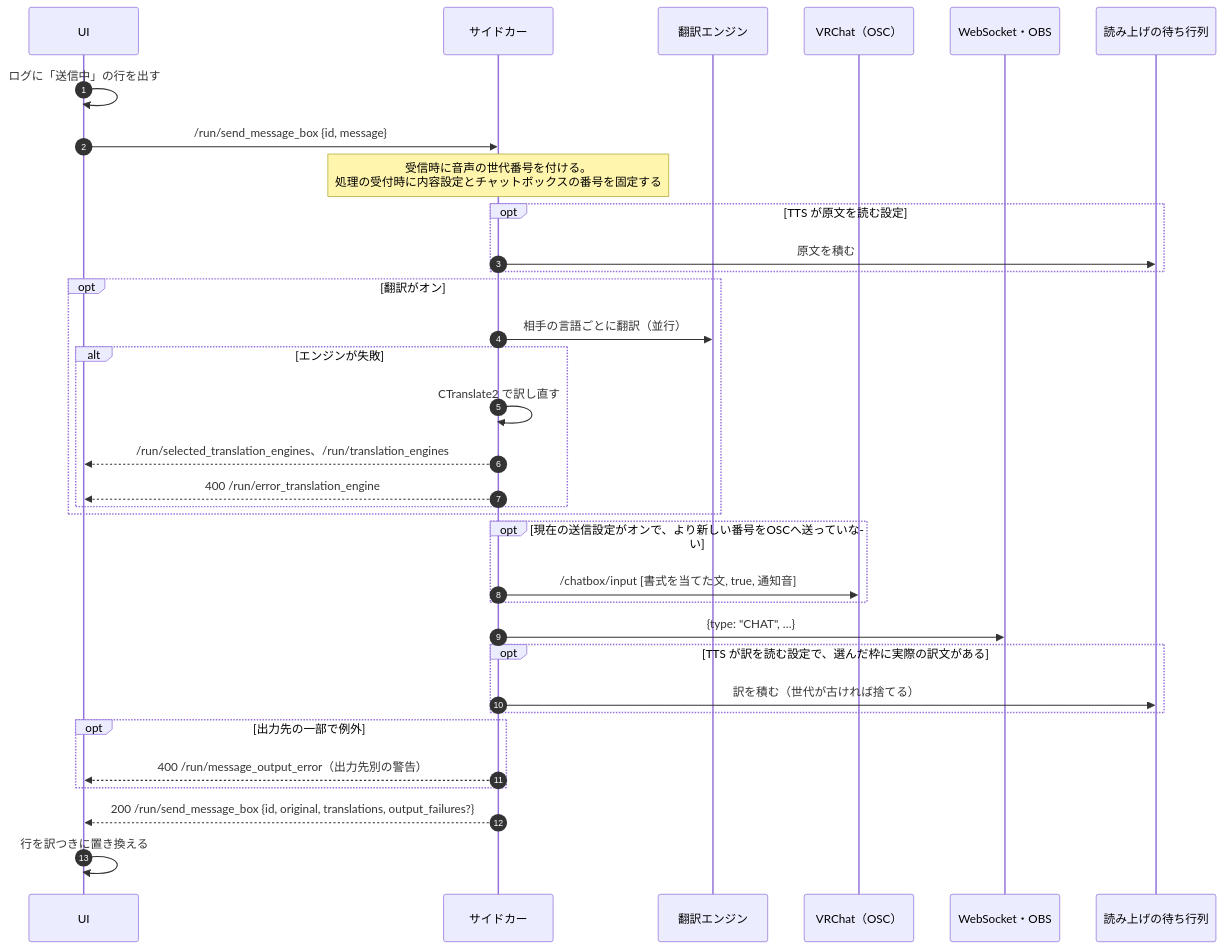
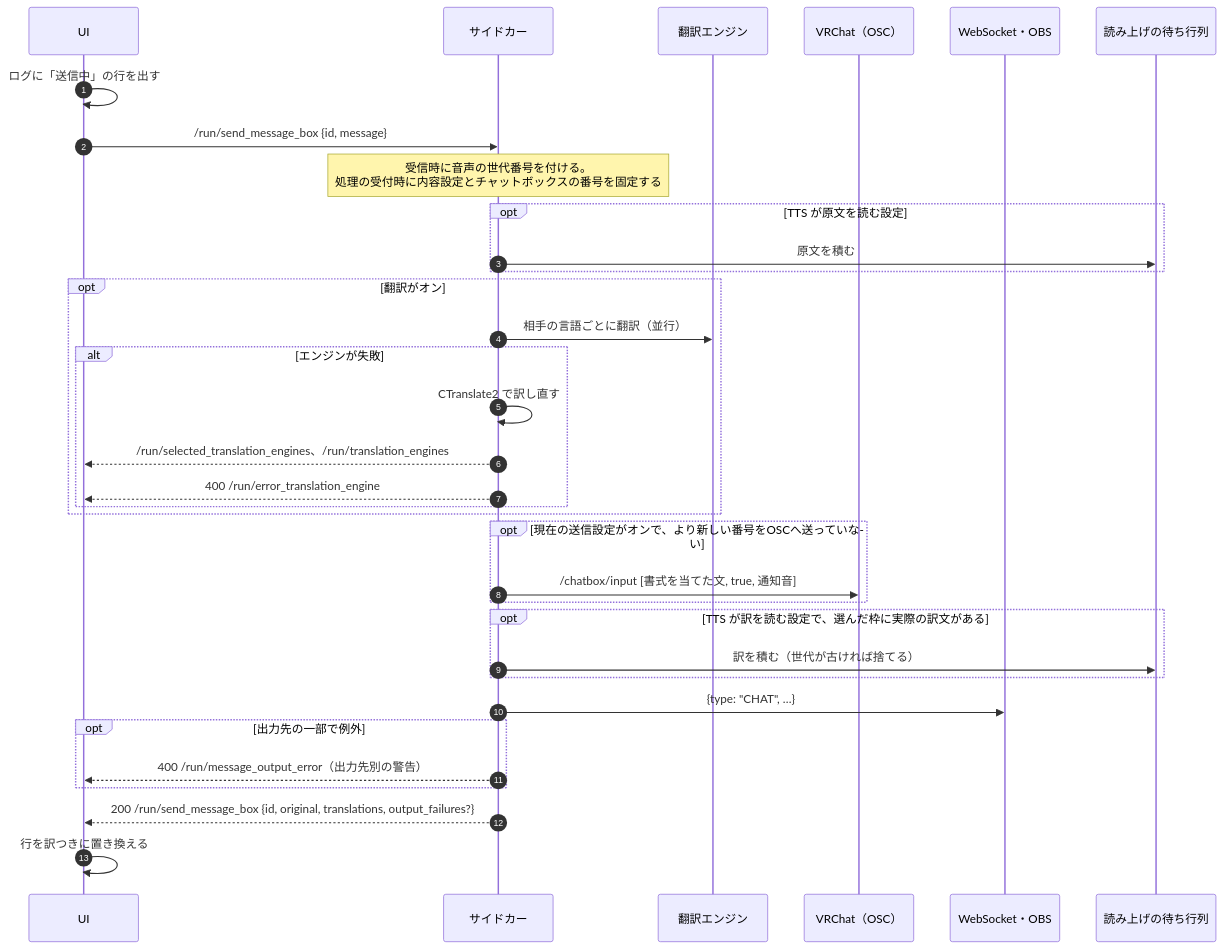
One commit to kein5/astarot changed the fourth of 7 diagrams in docs/spec/sequences.md. Above: the diagram before and after it, drawn with Mermaid. The commit also changed other lines of this file and 4 other files, not shown here.

````diff
--- a/docs/spec/sequences.md
+++ b/docs/spec/sequences.md
@@ -83,36 +83,36 @@
 ```mermaid
 sequenceDiagram
   autonumber
   participant UI as UI
   participant S as サイドカー
   participant T as 翻訳エンジン
   participant V as VRChat（OSC）
   participant W as WebSocket・OBS
   participant Q as 読み上げの待ち行列
   UI->>UI: ログに「送信中」の行を出す
   UI->>S: /run/send_message_box {id, message}
   Note over S: 受信時に音声の世代番号を付ける。<br/>処理の受付時に内容設定とチャットボックスの番号を固定する
   opt TTS が原文を読む設定
     S->>Q: 原文を積む
   end
   opt 翻訳がオン
     S->>T: 相手の言語ごとに翻訳（並行）
     alt エンジンが失敗
       S->>S: CTranslate2 で訳し直す
       S-->>UI: /run/selected_translation_engines、/run/translation_engines
       S-->>UI: 400 /run/error_translation_engine
     end
   end
   opt 現在の送信設定がオンで、より新しい番号をOSCへ送っていない
     S->>V: /chatbox/input [書式を当てた文, true, 通知音]
   end
-  S->>W: {type: "CHAT", …}
   opt TTS が訳を読む設定で、選んだ枠に実際の訳文がある
     S->>Q: 訳を積む（世代が古ければ捨てる）
   end
+  S->>W: {type: "CHAT", …}
   opt 出力先の一部で例外
     S-->>UI: 400 /run/message_output_error（出力先別の警告）
   end
   S-->>UI: 200 /run/send_message_box {id, original, translations, output_failures?}
   UI->>UI: 行を訳つきに置き換える
 ```
````
